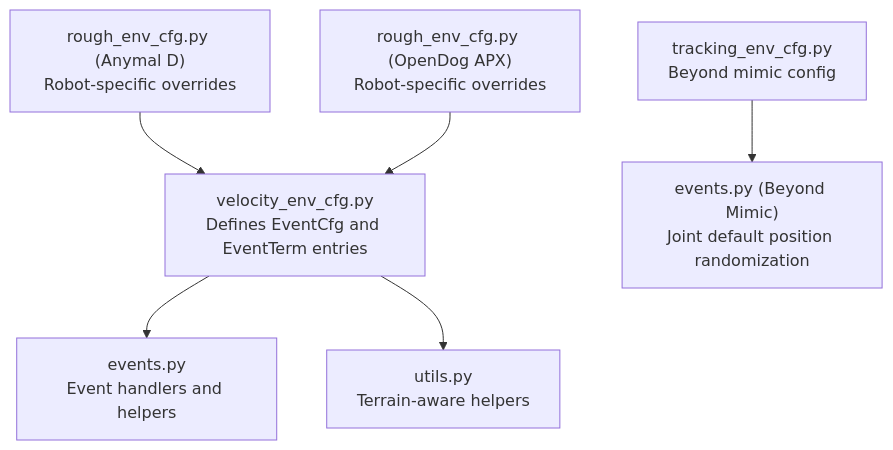
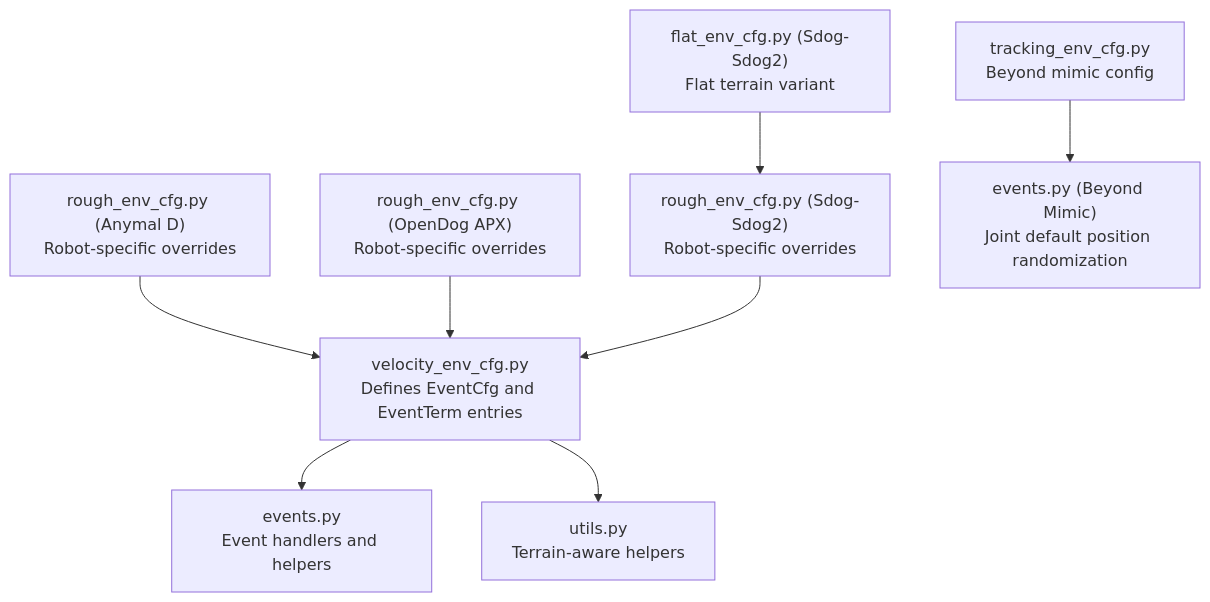
The first of 4 diagrams in .qoder/repowiki/en/content/Task Configuration Framework/Velocity-Based Locomotion Tasks/Environment Events and Randomization.md (jayjayhust/robot_lab), drawn with Mermaid before and after one commit. The commit also changed other lines of this file and 21 other files, not shown here.

````diff
--- a/.qoder/repowiki/en/content/Task Configuration Framework/Velocity-Based Locomotion Tasks/Environment Events and Randomization.md
+++ b/.qoder/repowiki/en/content/Task Configuration Framework/Velocity-Based Locomotion Tasks/Environment Events and Randomization.md
@@ -32,8 +40,10 @@
 ```mermaid
 graph TB
 A["velocity_env_cfg.py<br/>Defines EventCfg and EventTerm entries"] --> B["events.py<br/>Event handlers and helpers"]
 A --> C["utils.py<br/>Terrain-aware helpers"]
 D["rough_env_cfg.py (Anymal D)<br/>Robot-specific overrides"] --> A
 E["rough_env_cfg.py (OpenDog APX)<br/>Robot-specific overrides"] --> A
-F["tracking_env_cfg.py<br/>Beyond mimic config"] --> G["events.py (Beyond Mimic)<br/>Joint default position randomization"]
+F["rough_env_cfg.py (Sdog-Sdog2)<br/>Robot-specific overrides"] --> A
+G["flat_env_cfg.py (Sdog-Sdog2)<br/>Flat terrain variant"] --> F
+H["tracking_env_cfg.py<br/>Beyond mimic config"] --> I["events.py (Beyond Mimic)<br/>Joint default position randomization"]
 ```
````
